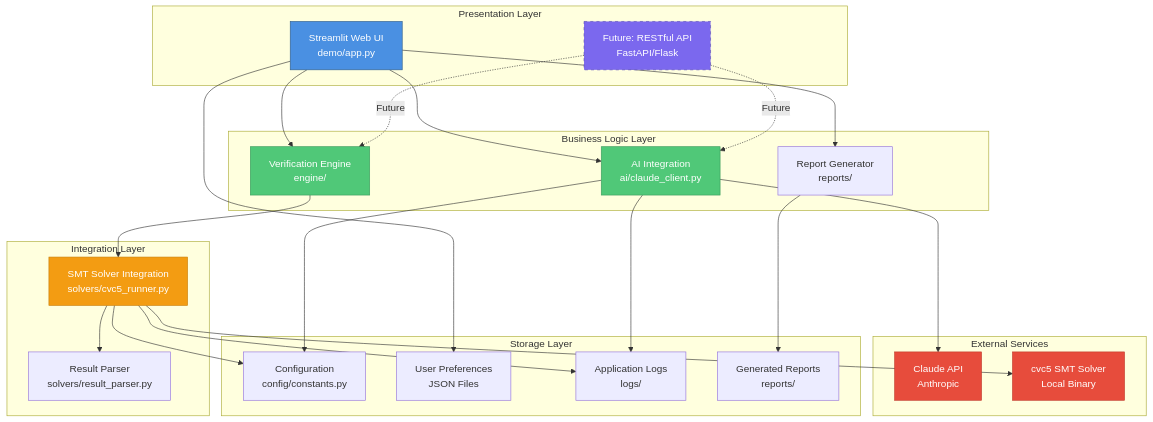
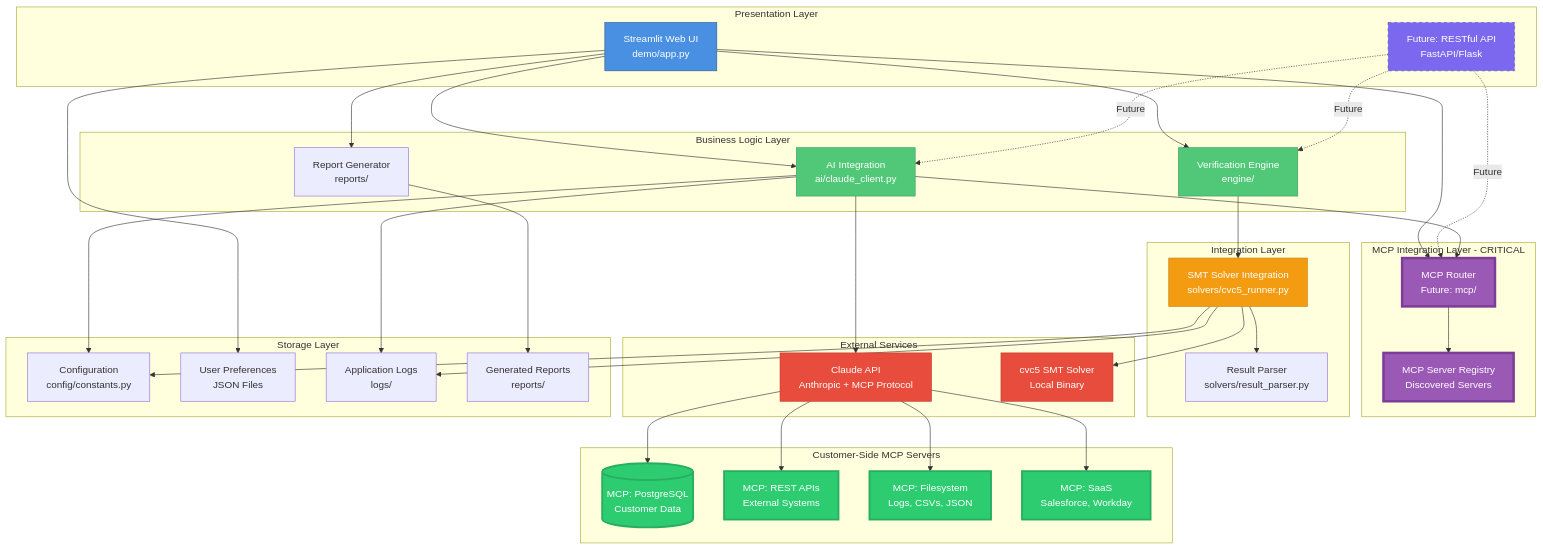
Before and after one commit to o2alexanderfedin/hupyy-temporal: the first of 18 diagrams in docs/ARCHITECTURE.md, drawn with Mermaid. The commit also changed other lines of this file, not shown here.

First line of the commit message:
feat: Transform architecture to MCP-first strategy (v2.0.0)

````diff
--- a/docs/ARCHITECTURE.md
+++ b/docs/ARCHITECTURE.md
@@ -33,14 +47,26 @@
         Reports[Report Generator<br/>reports/]
     end
 
+    subgraph "MCP Integration Layer - CRITICAL"
+        MCPRouter[MCP Router<br/>Future: mcp/]
+        MCPRegistry[MCP Server Registry<br/>Discovered Servers]
+    end
+
     subgraph "Integration Layer"
         Solver[SMT Solver Integration<br/>solvers/cvc5_runner.py]
         Parser[Result Parser<br/>solvers/result_parser.py]
     end
 
     subgraph "External Services"
-        Claude[Claude API<br/>Anthropic]
+        Claude[Claude API<br/>Anthropic + MCP Protocol]
         CVC5[cvc5 SMT Solver<br/>Local Binary]
+    end
+
+    subgraph "Customer-Side MCP Servers"
+        MCPDB[(MCP: PostgreSQL<br/>Customer Data)]
+        MCPAPI[MCP: REST APIs<br/>External Systems]
+        MCPFiles[MCP: Filesystem<br/>Logs, CSVs, JSON]
+        MCPSaaS[MCP: SaaS<br/>Salesforce, Workday]
     end
 
     subgraph "Storage Layer"
@@ -53,13 +79,22 @@
     UI --> AI
     UI --> Engine
     UI --> Reports
+    UI --> MCPRouter
     API -.Future.-> AI
     API -.Future.-> Engine
+    API -.Future.-> MCPRouter
 
     AI --> Claude
+    AI --> MCPRouter
+    MCPRouter --> MCPRegistry
     Engine --> Solver
     Solver --> CVC5
     Solver --> Parser
+
+    Claude --> MCPDB
+    Claude --> MCPAPI
+    Claude --> MCPFiles
+    Claude --> MCPSaaS
 
     Reports --> PDFs
     AI --> Logs
@@ -73,7 +108,13 @@
     style API fill:#7B68EE,stroke:#5A4BB5,color:#fff,stroke-dasharray: 5 5
     style AI fill:#50C878,stroke:#3A9B5C,color:#fff
     style Engine fill:#50C878,stroke:#3A9B5C,color:#fff
+    style MCPRouter fill:#9B59B6,stroke:#7D3C98,color:#fff,stroke-width:4px
+    style MCPRegistry fill:#9B59B6,stroke:#7D3C98,color:#fff,stroke-width:4px
     style Solver fill:#F39C12,stroke:#C87F0A,color:#fff
     style Claude fill:#E74C3C,stroke:#C0392B,color:#fff
     style CVC5 fill:#E74C3C,stroke:#C0392B,color:#fff
+    style MCPDB fill:#2ECC71,stroke:#27AE60,color:#fff,stroke-width:3px
+    style MCPAPI fill:#2ECC71,stroke:#27AE60,color:#fff,stroke-width:3px
+    style MCPFiles fill:#2ECC71,stroke:#27AE60,color:#fff,stroke-width:3px
+    style MCPSaaS fill:#2ECC71,stroke:#27AE60,color:#fff,stroke-width:3px
 ```
````
